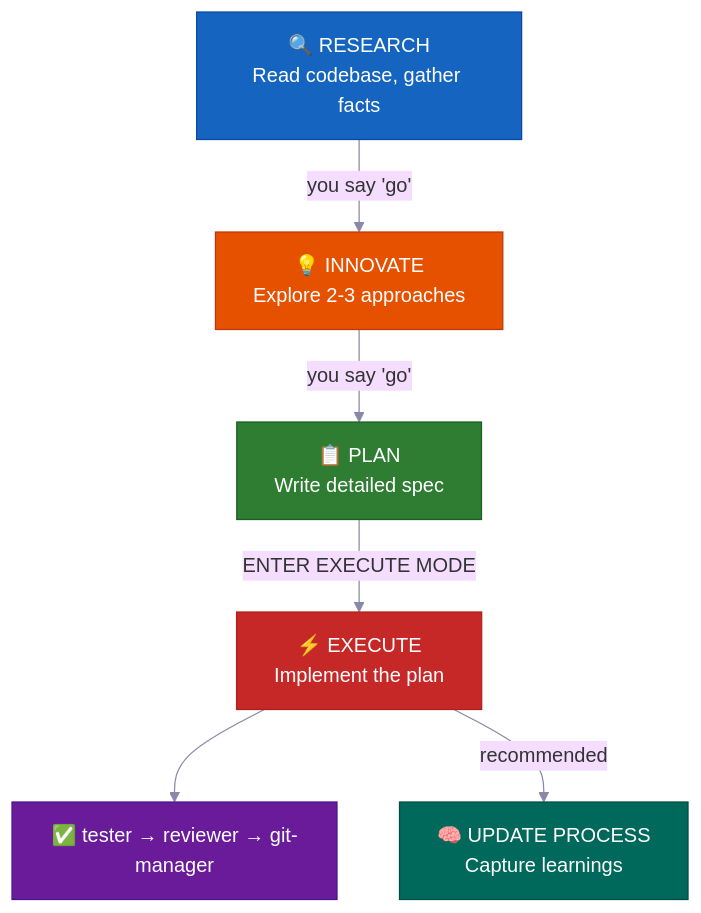
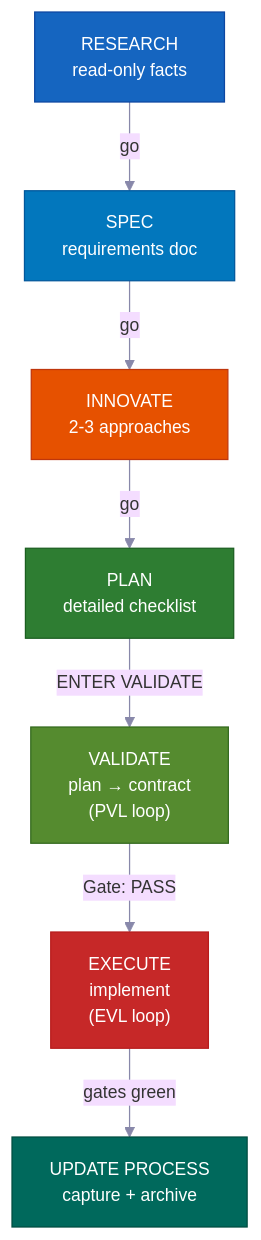
Before and after one commit to Erlangga15/vibecode-pro-max-kit: the first of 14 diagrams in README.md, drawn with Mermaid. The commit also changed other lines of this file and 43 other files, not shown here.

````diff
--- a/README.md
+++ b/README.md
@@ -360,23 +357,26 @@
 ```mermaid
-%%{init: {'theme': 'base', 'themeVariables': {'fontSize': '16px', 'lineColor': '#8888AA'}} }%%
+%%{init: {'theme': 'base', 'themeVariables': {'fontSize': '14px', 'lineColor': '#8888AA'}} }%%
 flowchart TD
-    R["🔍 RESEARCH\nRead codebase, gather facts"]
-    I["💡 INNOVATE\nExplore 2-3 approaches"]
-    P["📋 PLAN\nWrite detailed spec"]
-    E["⚡ EXECUTE\nImplement the plan"]
-    T["✅ tester → reviewer → git-manager"]
-    U["🧠 UPDATE PROCESS\nCapture learnings"]
+    R["RESEARCH\nread-only facts"]
+    S["SPEC\nrequirements doc"]
+    I["INNOVATE\n2-3 approaches"]
+    P["PLAN\ndetailed checklist"]
+    V["VALIDATE\nplan → contract\n(PVL loop)"]
+    E["EXECUTE\nimplement\n(EVL loop)"]
+    U["UPDATE PROCESS\ncapture + archive"]
 
-    R -->|"you say 'go'"| I
-    I -->|"you say 'go'"| P
-    P -->|"ENTER EXECUTE MODE"| E
-    E --> T
-    E -->|"recommended"| U
+    R -->|"go"| S
+    S -->|"go"| I
+    I -->|"go"| P
+    P -->|"ENTER VALIDATE"| V
+    V -->|"Gate: PASS"| E
+    E -->|"gates green"| U
 
     style R fill:#1565C0,stroke:#0D47A1,color:#FFFFFF
+    style S fill:#0277BD,stroke:#01579B,color:#FFFFFF
     style I fill:#E65100,stroke:#BF360C,color:#FFFFFF
     style P fill:#2E7D32,stroke:#1B5E20,color:#FFFFFF
+    style V fill:#558B2F,stroke:#33691E,color:#FFFFFF
     style E fill:#C62828,stroke:#B71C1C,color:#FFFFFF
-    style T fill:#6A1B9A,stroke:#4A148C,color:#FFFFFF
     style U fill:#00695C,stroke:#004D40,color:#FFFFFF
 ```
````
